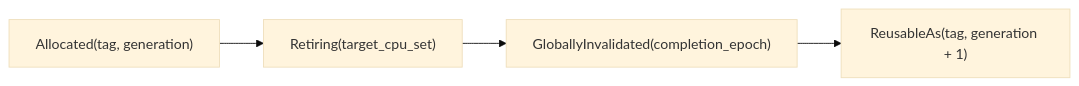
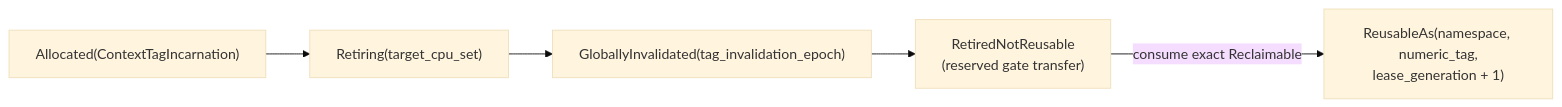
Before and after one commit to pcharbon70/atom-os-research: the second of 3 diagrams in 20-notes/kernel-hardware-and-architecture-components/address-translation-and-protection-transitions.md, drawn with Mermaid (base theme). The commit also changed other lines of this file and 43 other files, not shown here.

Commit message:
research: deepen address translation architecture

````diff
--- a/20-notes/kernel-hardware-and-architecture-components/address-translation-and-protection-transitions.md
+++ b/20-notes/kernel-hardware-and-architecture-components/address-translation-and-protection-transitions.md
@@ -197,11 +416,13 @@
 ```mermaid
 flowchart LR
-  tag_allocated["Allocated(tag, generation)"]
+  tag_allocated["Allocated(ContextTagIncarnation)"]
   tag_retiring["Retiring(target_cpu_set)"]
-  tag_invalidated["GloballyInvalidated(completion_epoch)"]
-  tag_reusable["ReusableAs(tag, generation + 1)"]
+  tag_invalidated["GloballyInvalidated(tag_invalidation_epoch)"]
+  tag_retired["RetiredNotReusable<br/>(reserved gate transfer)"]
+  tag_reusable["ReusableAs(namespace, numeric_tag,<br/>lease_generation + 1)"]
 
   tag_allocated --> tag_retiring
   tag_retiring --> tag_invalidated
-  tag_invalidated --> tag_reusable
+  tag_invalidated --> tag_retired
+  tag_retired -->|"consume exact Reclaimable<ContextTagLease>"| tag_reusable
 ```
````
